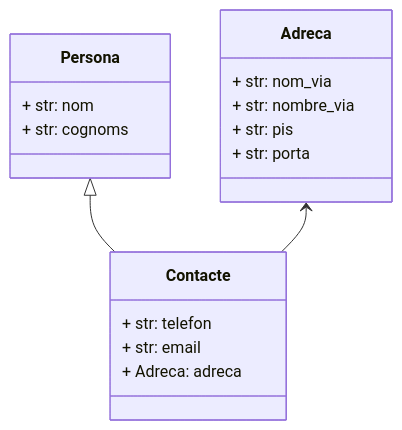
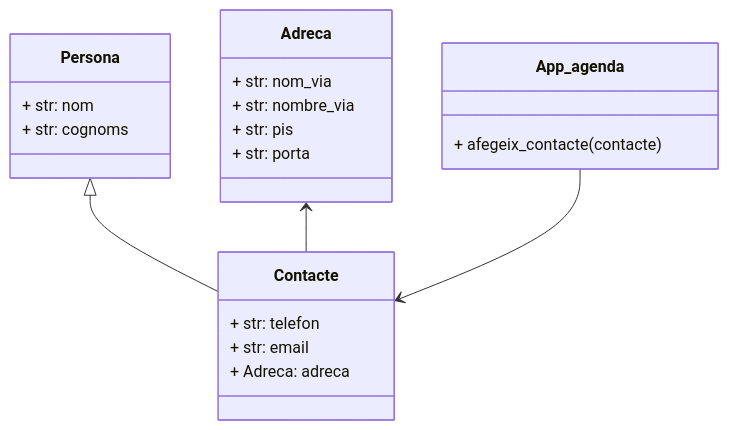
The diagram in README.md (xaviQuesadaJDA/api_rest_agenda), drawn with Mermaid before and after one commit.

````diff
--- a/README.md
+++ b/README.md
@@ -8,21 +8,25 @@
 ```mermaid
 classDiagram
 
+class App_agenda{
+    + afegeix_contacte(contacte)
+}
 class Persona{
     + str: nom
     + str: cognoms
 }
 class Contacte{
     + str: telefon
     + str: email
     + Adreca: adreca
 }
 class Adreca{
     + str: nom_via
     + str: nombre_via
     + str: pis
     + str: porta
 }
 Persona  <|-- Contacte
 Adreca <-- Contacte
+App_agenda --> Contacte
 ```
````
